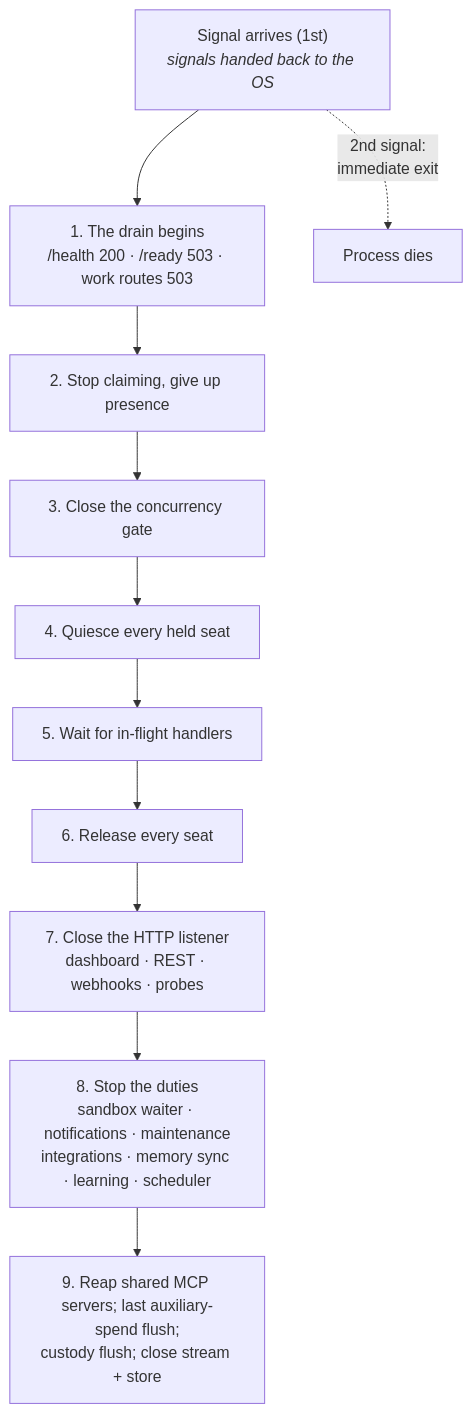
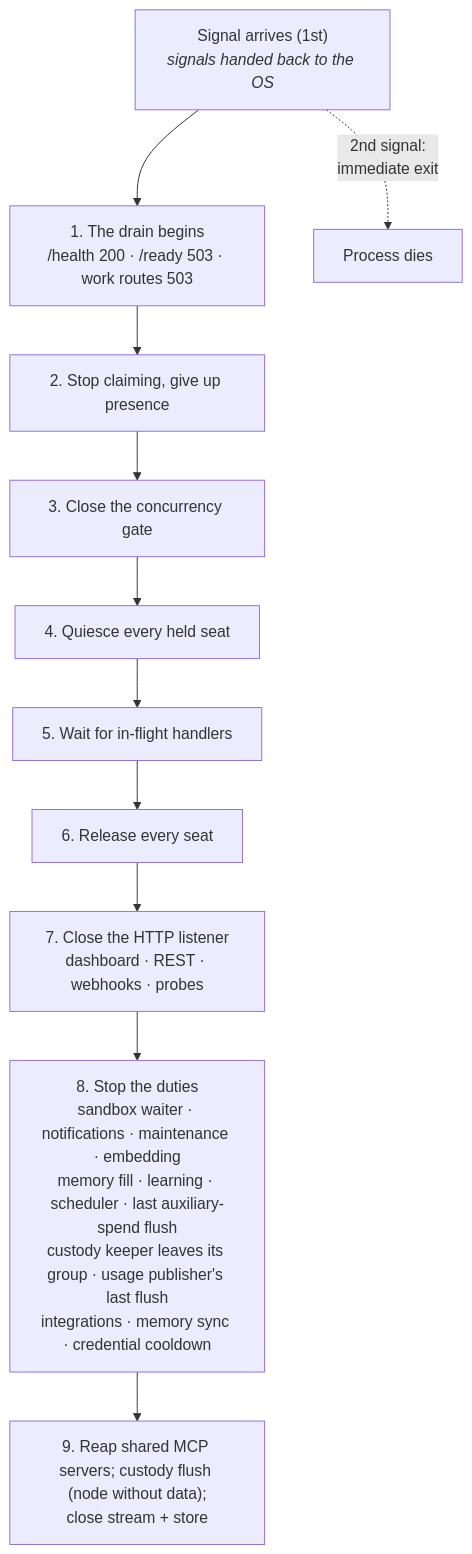
One commit to crewlet/crewlet changed the fifth of 5 diagrams in docs/concepts/agent-runtime.md. Above: the diagram before and after it, drawn with Mermaid. The commit also changed other lines of this file and 60 other files, not shown here.

````diff
--- a/docs/concepts/agent-runtime.md
+++ b/docs/concepts/agent-runtime.md
@@ -460,14 +460,14 @@
 ```mermaid
 flowchart TD
     SIG["Signal arrives (1st)<br/><i>signals handed back to the OS</i>"] --> S1
     S1["1. The drain begins<br/>/health 200 · /ready 503 · work routes 503"] --> S2
     S2["2. Stop claiming, give up presence"] --> S3
     S3["3. Close the concurrency gate"] --> S4
     S4["4. Quiesce every held seat"] --> S5
     S5["5. Wait for in-flight handlers"] --> S6
     S6["6. Release every seat"] --> S7
     S7["7. Close the HTTP listener<br/>dashboard · REST · webhooks · probes"] --> S8
-    S8["8. Stop the duties<br/>sandbox waiter · notifications · maintenance<br/>integrations · memory sync · learning · scheduler"] --> S9
-    S9["9. Reap shared MCP servers; last auxiliary-spend flush;<br/>custody flush; close stream + store"]
+    S8["8. Stop the duties<br/>sandbox waiter · notifications · maintenance · embedding<br/>memory fill · learning · scheduler · last auxiliary-spend flush<br/>custody keeper leaves its group · usage publisher's last flush<br/>integrations · memory sync · credential cooldown"] --> S9
+    S9["9. Reap shared MCP servers; custody flush (node without data);<br/>close stream + store"]
     SIG -.->|"2nd signal:<br/>immediate exit"| X["Process dies"]
 ```
````
